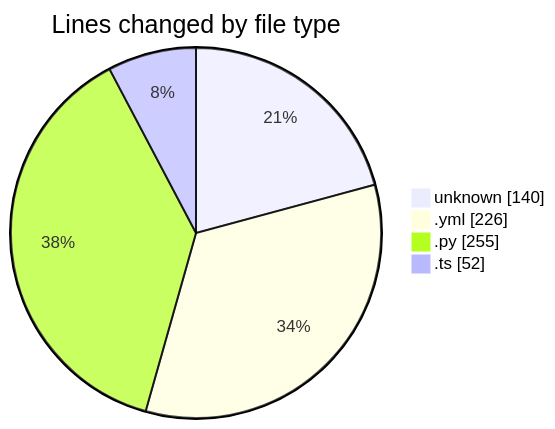
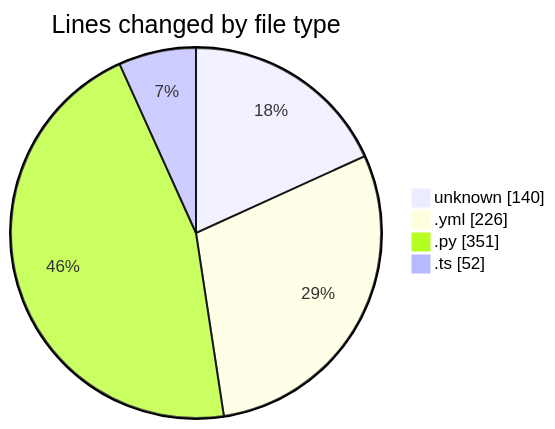
The first of 2 diagrams in 2025-05-13/niten/README.md (Elitesun/code-tracking), drawn with Mermaid before and after one commit. The commit also changed other lines of this file and 1 other file, not shown here.

````diff
--- a/2025-05-13/niten/README.md
+++ b/2025-05-13/niten/README.md
@@ -27,8 +28,8 @@
 ```mermaid
 pie showData
 title Lines changed by file type
 "unknown" : 140
 ".yml" : 226
-".py" : 255
+".py" : 351
 ".ts" : 52
 ```
````
